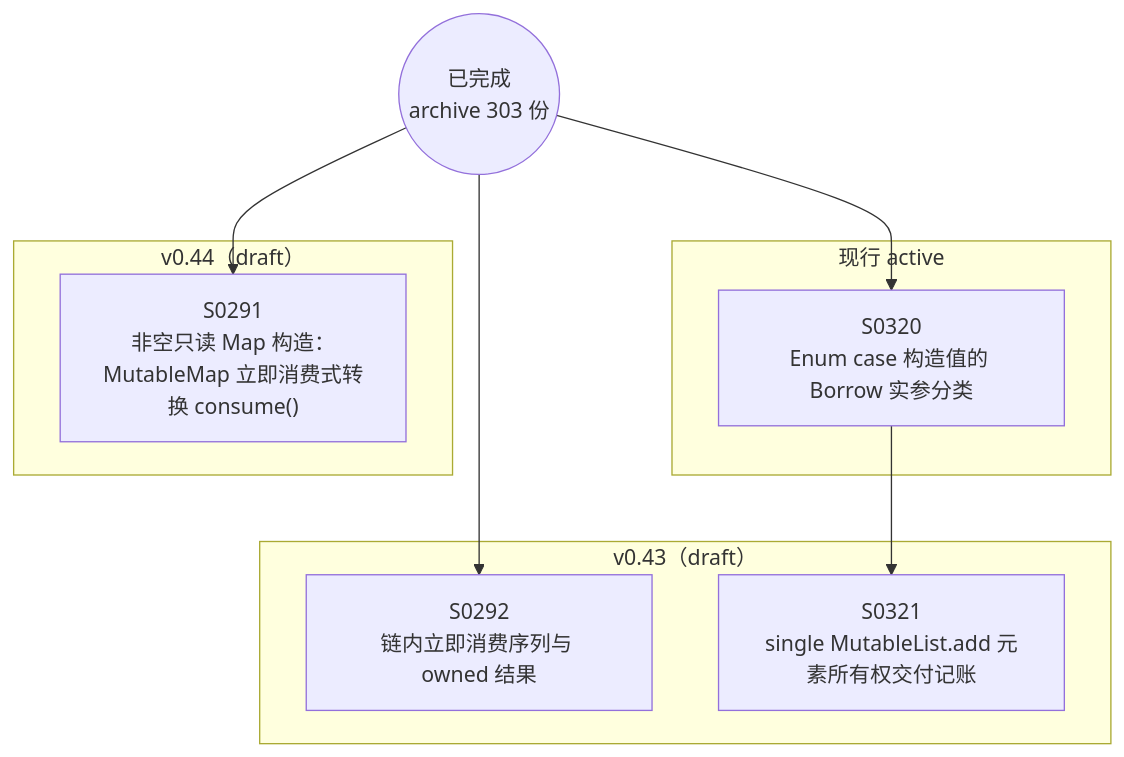
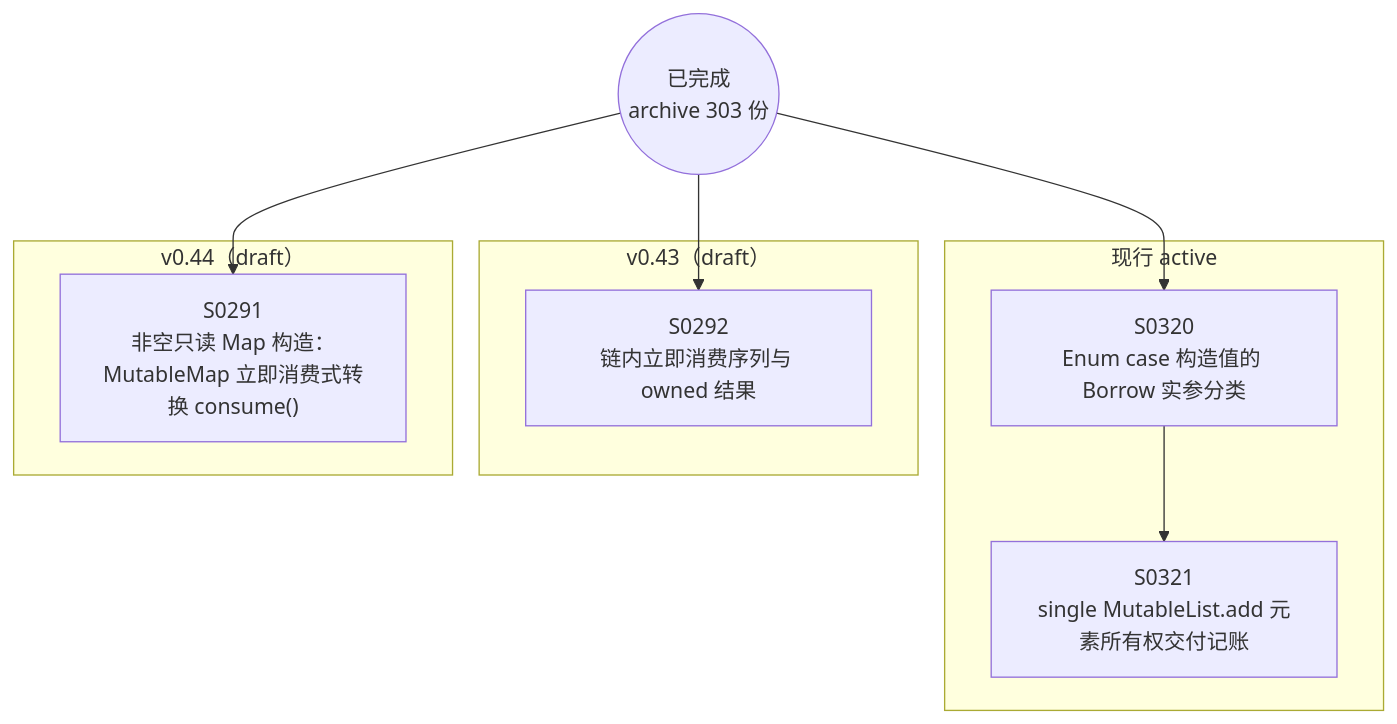
Before and after one commit to Halckon/Koven: the diagram in docs/specs/dependency-graph.md, drawn with Mermaid. The commit also changed other lines of this file and 8 other files, not shown here.

````diff
--- a/docs/specs/dependency-graph.md
+++ b/docs/specs/dependency-graph.md
@@ -9,18 +9,18 @@
 ```mermaid
 flowchart TD
 ARCH(("已完成<br/>archive 303 份"))
 subgraph Gactive["现行 active"]
   S0320["S0320<br/>Enum case 构造值的 Borrow 实参分类"]
+  S0321["S0321<br/>single MutableList.add 元素所有权交付记账"]
 end
 subgraph Gdrafts_v043["v0.43（draft）"]
   S0292["S0292<br/>链内立即消费序列与 owned 结果"]
-  S0321["S0321<br/>single MutableList.add 元素所有权交付记账"]
 end
 subgraph Gdrafts_v044["v0.44（draft）"]
   S0291["S0291<br/>非空只读 Map 构造：MutableMap 立即消费式转换 consume()"]
 end
 S0320 --> S0321
 ARCH --> S0291
 ARCH --> S0292
 ARCH --> S0320
 ```
````
